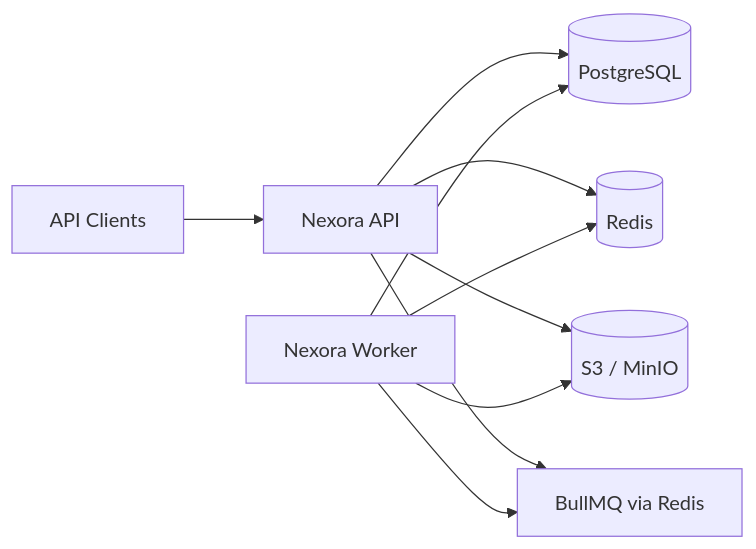
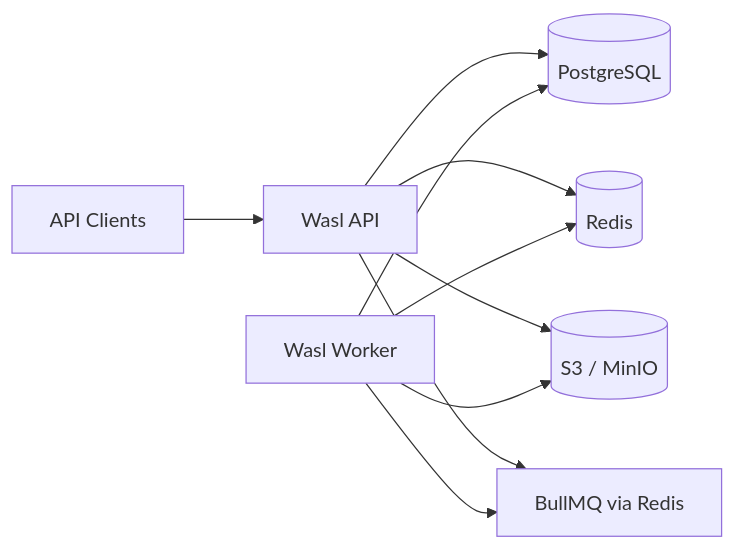
One commit to alikhanaries/nexora-backend changed the diagram in docs/architecture/overview.md. Above: the diagram before and after it, drawn with Mermaid. The commit also changed other lines of this file and 716 other files, not shown here.

````diff
--- a/docs/architecture/overview.md
+++ b/docs/architecture/overview.md
@@ -9,12 +9,12 @@
 ```mermaid
 flowchart LR
-  Client[API Clients] --> API[Nexora API]
+  Client[API Clients] --> API[Wasl API]
   API --> PG[(PostgreSQL)]
   API --> Redis[(Redis)]
   API --> S3[(S3 / MinIO)]
-  Worker[Nexora Worker] --> PG
+  Worker[Wasl Worker] --> PG
   Worker --> Redis
   Worker --> S3
   API --> Queue[BullMQ via Redis]
   Worker --> Queue
 ```
````
